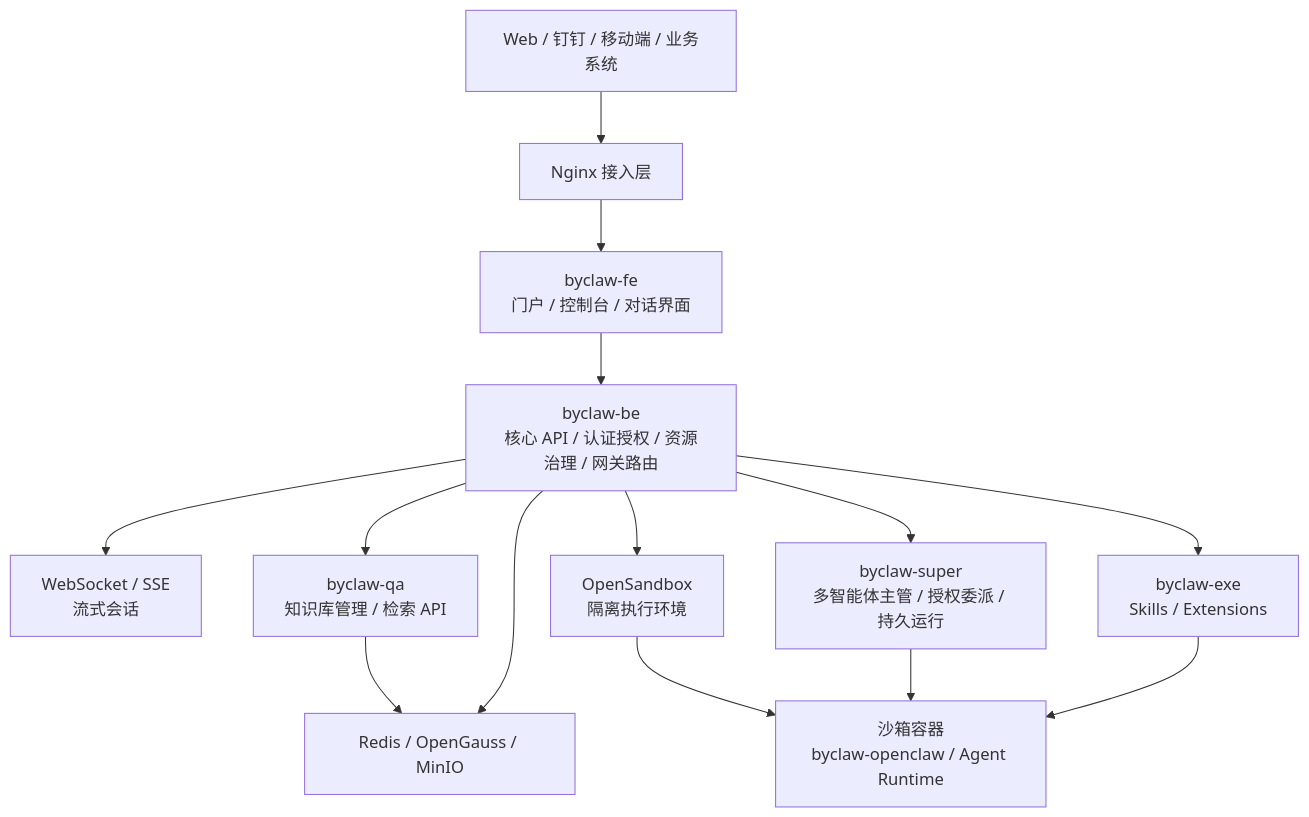
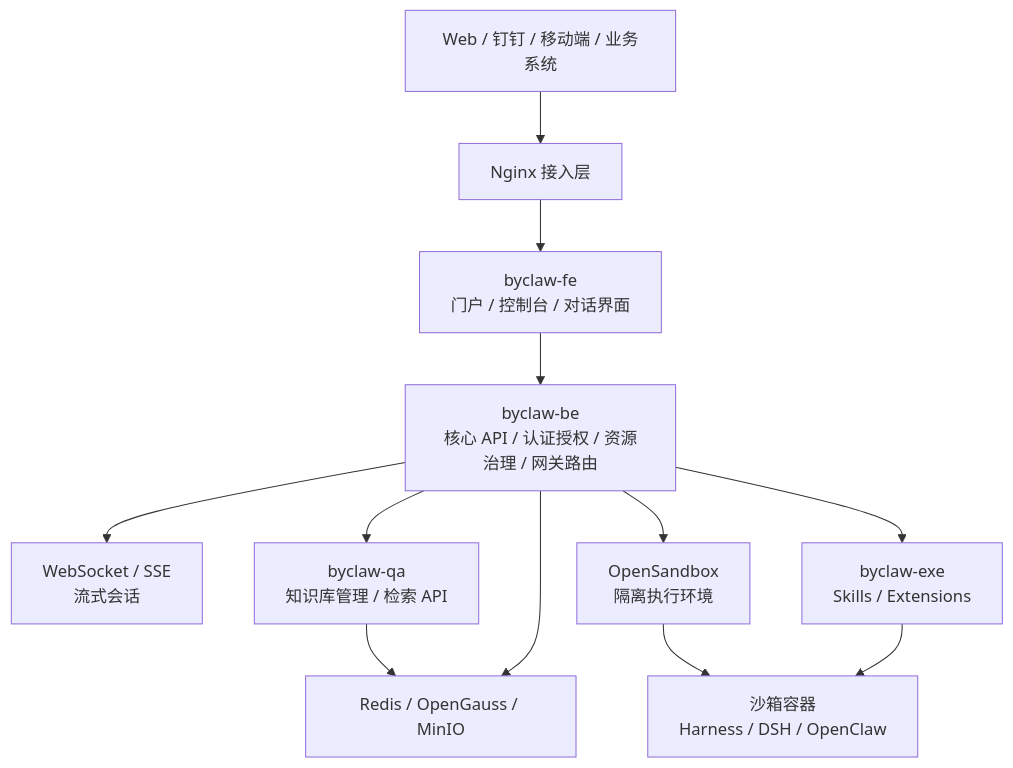
The second of 5 diagrams in README.md (beyonai/ByClaw), drawn with Mermaid before and after one commit. The commit also changed other lines of this file and 243 other files, not shown here.

Commit message:
refactor: retire bundled Super runtime with DSH fallback

````diff
--- a/README.md
+++ b/README.md
@@ -123,16 +123,14 @@
 ```mermaid
 flowchart TB
     client["Web / 钉钉 / 移动端 / 业务系统"] --> nginx["Nginx 接入层"]
     nginx --> fe["byclaw-fe<br/>门户 / 控制台 / 对话界面"]
     fe --> be["byclaw-be<br/>核心 API / 认证授权 / 资源治理 / 网关路由"]
     be --> ws["WebSocket / SSE<br/>流式会话"]
     be --> qa["byclaw-qa<br/>知识库管理 / 检索 API"]
-    be --> super["byclaw-super<br/>多智能体主管 / 授权委派 / 持久运行"]
     be --> exe["byclaw-exe<br/>Skills / Extensions"]
     be --> sandbox["OpenSandbox<br/>隔离执行环境"]
-    sandbox --> sandboxRuntime["沙箱容器<br/>byclaw-openclaw / Agent Runtime"]
-    super --> sandboxRuntime
+    sandbox --> sandboxRuntime["沙箱容器<br/>Harness / DSH / OpenClaw"]
     exe --> sandboxRuntime
     qa --> infra["Redis / OpenGauss / MinIO"]
     be --> infra
 ```
````
